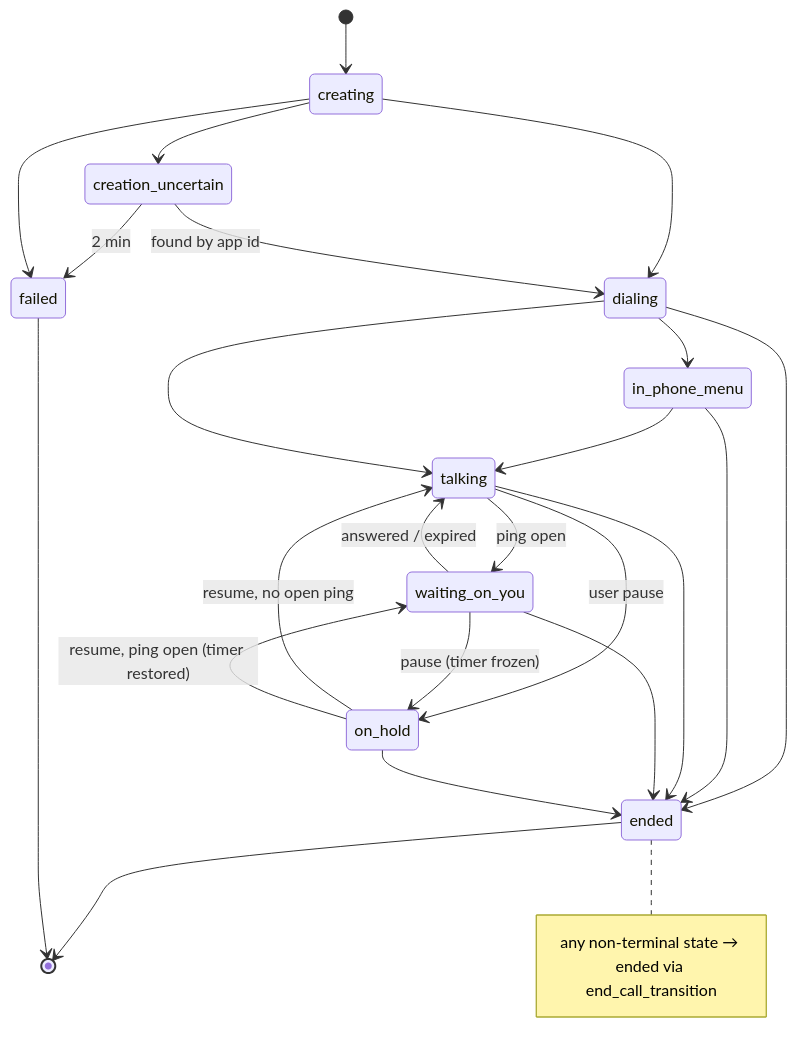
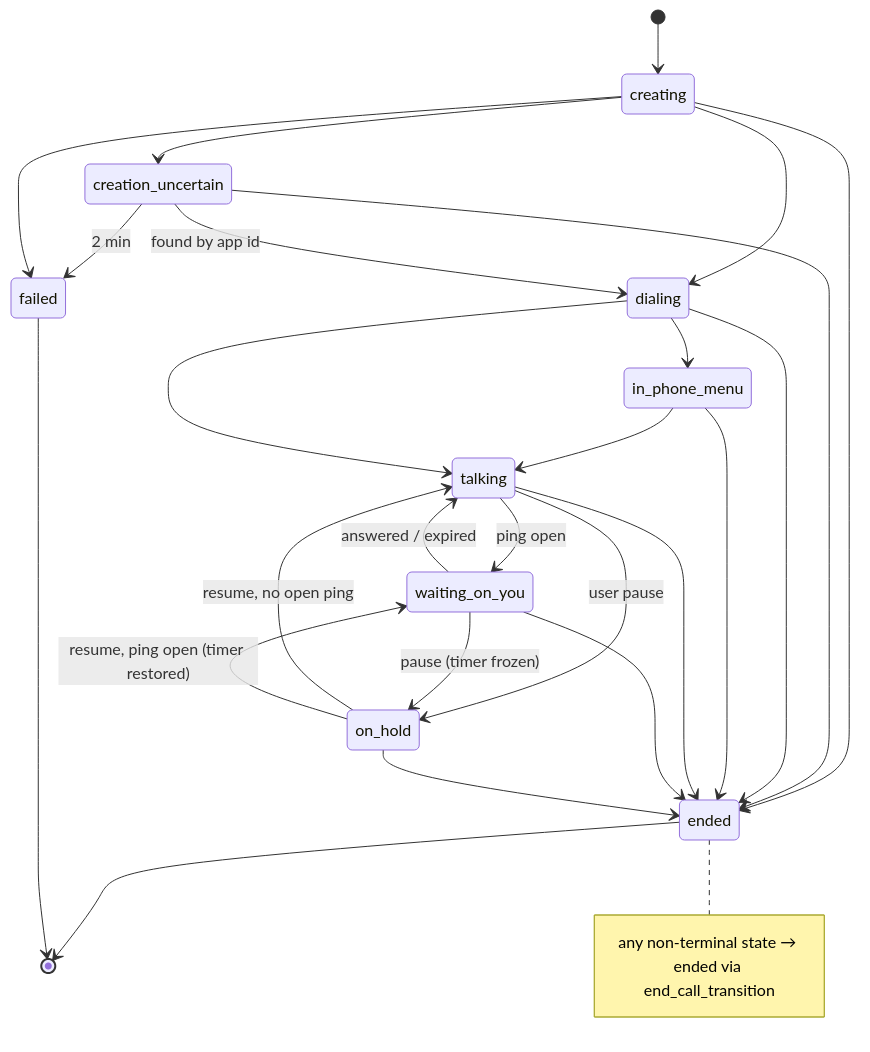
Before and after one commit to cocoleunghokei/nu-outbound-call-agent: the sixth of 8 diagrams in docs/system-overview.md, drawn with Mermaid. The commit also changed other lines of this file, not shown here.

Commit message:
docs: fix system overview routes, planned-package markers and ingress flow

````diff
--- a/docs/system-overview.md
+++ b/docs/system-overview.md
@@ -349,26 +368,28 @@
 ```mermaid
 stateDiagram-v2
   [*] --> creating
   creating --> dialing
   creating --> creation_uncertain
   creation_uncertain --> dialing : found by app id
   creation_uncertain --> failed : 2 min
   creating --> failed
+  creating --> ended
+  creation_uncertain --> ended
   dialing --> in_phone_menu
   in_phone_menu --> talking
   dialing --> talking
   talking --> waiting_on_you : ping open
   waiting_on_you --> talking : answered / expired
   talking --> on_hold : user pause
   on_hold --> talking : resume, no open ping
   on_hold --> waiting_on_you : resume, ping open (timer restored)
   waiting_on_you --> on_hold : pause (timer frozen)
   dialing --> ended
   in_phone_menu --> ended
   talking --> ended
   waiting_on_you --> ended
   on_hold --> ended
   ended --> [*]
   failed --> [*]
   note right of ended : any non-terminal state → ended via end_call_transition
 ```
````
